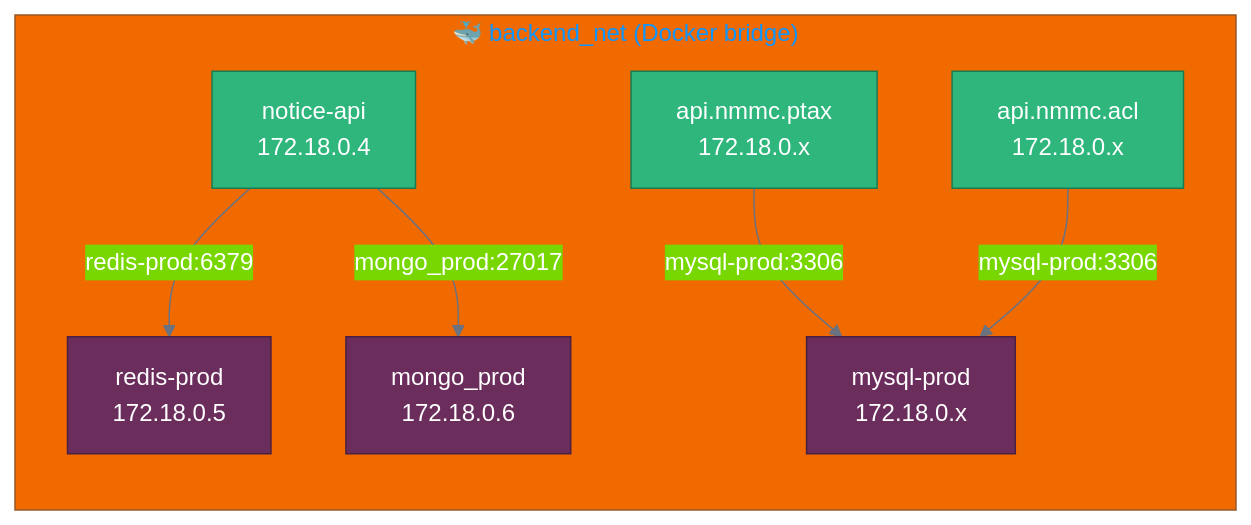
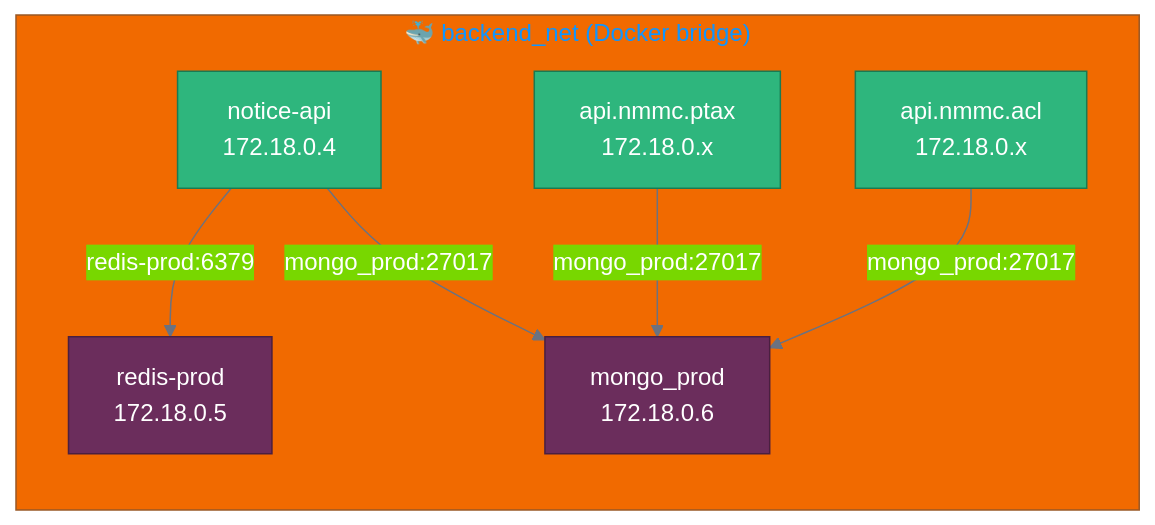
The third of 6 diagrams in README.md (akshay-foxberry/NMMC-Project), drawn with Mermaid before and after one commit. The commit also changed other lines of this file, not shown here.

````diff
--- a/README.md
+++ b/README.md
@@ -193,21 +244,20 @@
 ```mermaid
 %%{init: {'theme':'base', 'themeVariables': {'primaryColor':'#0078D7','primaryTextColor':'#fff','lineColor':'#6b7280'}}}%%
 flowchart LR
     subgraph net["🐳 backend_net (Docker bridge)"]
         N["notice-api<br/>172.18.0.4"]
         R["redis-prod<br/>172.18.0.5"]
         M["mongo_prod<br/>172.18.0.6"]
         P["api.nmmc.ptax<br/>172.18.0.x"]
         A["api.nmmc.acl<br/>172.18.0.x"]
-        S["mysql-prod<br/>172.18.0.x"]
     end
     N -->|"redis-prod:6379"| R
     N -->|"mongo_prod:27017"| M
-    P -->|"mysql-prod:3306"| S
-    A -->|"mysql-prod:3306"| S
+    P -->|"mongo_prod:27017"| M
+    A -->|"mongo_prod:27017"| M
 
     classDef svc fill:#2EB67D,stroke:#1a7a52,color:#fff
     classDef data fill:#6B2D5C,stroke:#4a1f40,color:#fff
     class N,P,A svc
-    class R,M,S data
+    class R,M data
 ```
````
